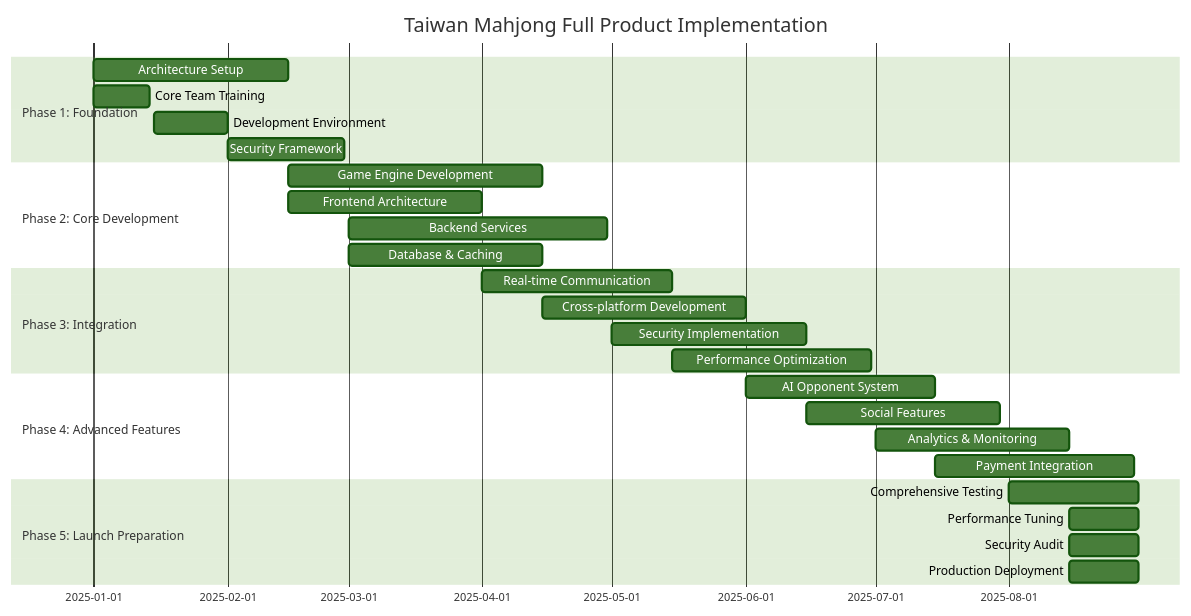
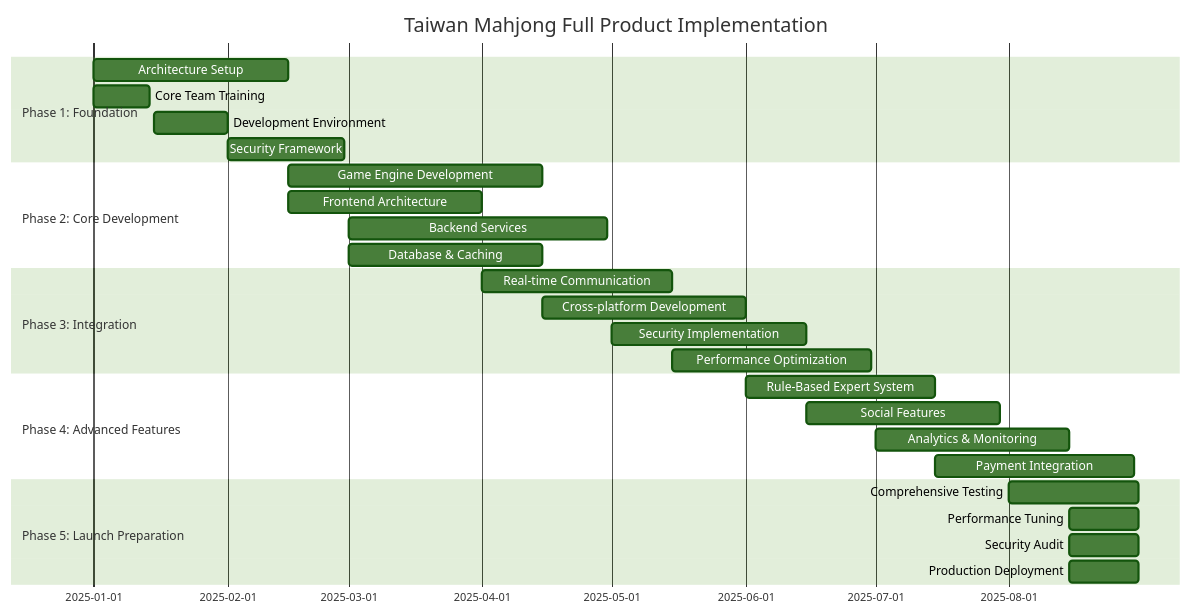
Before and after one commit to cloudaipro/tai_mahjong: diagram 18 of 23 in docs/system-architecture-and-design.md, drawn with Mermaid (forest theme). The commit also changed other lines of this file and 9 other files, not shown here.

Commit message:
adapt rule-base-expert system

````diff
--- a/docs/system-architecture-and-design.md
+++ b/docs/system-architecture-and-design.md
@@ -2152,34 +2154,34 @@
 ```mermaid
 gantt
     title Taiwan Mahjong Full Product Implementation
     dateFormat  YYYY-MM-DD
     section Phase 1: Foundation
     Architecture Setup          :2025-01-01, 2025-02-15
     Core Team Training          :2025-01-01, 2025-01-14
     Development Environment     :2025-01-15, 2025-02-01
     Security Framework          :2025-02-01, 2025-02-28
     
     section Phase 2: Core Development
     Game Engine Development     :2025-02-15, 2025-04-15
     Frontend Architecture       :2025-02-15, 2025-04-01
     Backend Services            :2025-03-01, 2025-04-30
     Database & Caching          :2025-03-01, 2025-04-15
     
     section Phase 3: Integration
     Real-time Communication     :2025-04-01, 2025-05-15
     Cross-platform Development  :2025-04-15, 2025-06-01
     Security Implementation     :2025-05-01, 2025-06-15
     Performance Optimization    :2025-05-15, 2025-06-30
     
     section Phase 4: Advanced Features
-    AI Opponent System          :2025-06-01, 2025-07-15
+    Rule-Based Expert System     :2025-06-01, 2025-07-15
     Social Features            :2025-06-15, 2025-07-30
     Analytics & Monitoring     :2025-07-01, 2025-08-15
     Payment Integration        :2025-07-15, 2025-08-30
     
     section Phase 5: Launch Preparation
     Comprehensive Testing      :2025-08-01, 2025-08-31
     Performance Tuning        :2025-08-15, 2025-08-31
     Security Audit            :2025-08-15, 2025-08-31
     Production Deployment     :2025-08-15, 2025-08-31
 ```
````
